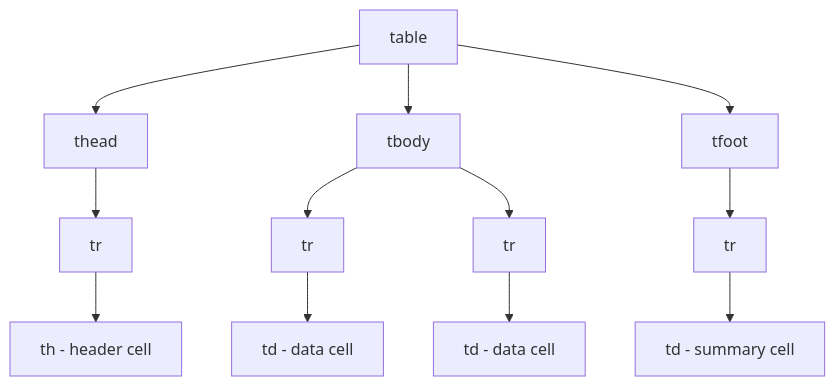
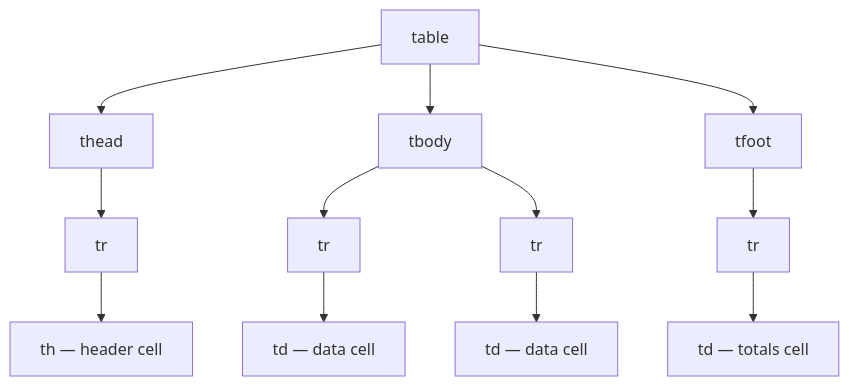
Before and after one commit to JLearn-space/JLearn-docs: the first of 2 diagrams in HTML/Lesson-5/en/Tables.md, drawn with Mermaid. The commit also changed other lines of this file and 148 other files, not shown here.

````diff
--- a/HTML/Lesson-5/en/Tables.md
+++ b/HTML/Lesson-5/en/Tables.md
@@ -101,14 +162,14 @@
 ```mermaid
 flowchart TD
     A["table"] --> B["thead"]
     A --> C["tbody"]
     A --> D["tfoot"]
     B --> B1["tr"]
-    B1 --> B1a["th - header cell"]
+    B1 --> B1a["th — header cell"]
     C --> C1["tr"]
-    C1 --> C1a["td - data cell"]
+    C1 --> C1a["td — data cell"]
     C --> C2["tr"]
-    C2 --> C2a["td - data cell"]
+    C2 --> C2a["td — data cell"]
     D --> D1["tr"]
-    D1 --> D1a["td - summary cell"]
+    D1 --> D1a["td — totals cell"]
 ```
````
